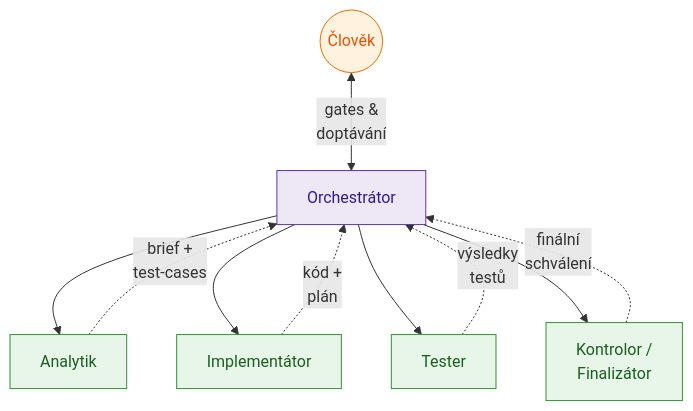
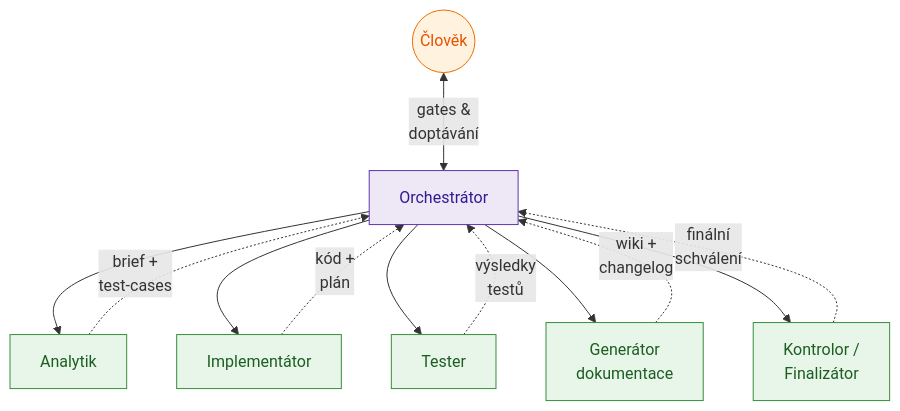
One commit to maylow22/ai-driven-changes changed the second of 3 diagrams in README.md. Above: the diagram before and after it, drawn with Mermaid. The commit also changed other lines of this file, not shown here.

````diff
--- a/README.md
+++ b/README.md
@@ -54,23 +72,26 @@
 ```mermaid
 flowchart TB
     H((Člověk)):::human
     O[Orchestrátor]:::orch
     A[Analytik]:::role
     I[Implementátor]:::role
     T[Tester]:::role
+    D[Generátor<br/>dokumentace]:::role
     K[Kontrolor /<br/>Finalizátor]:::role
 
     H <-->|gates &<br/>doptávání| O
     O --> A
     O --> I
     O --> T
+    O --> D
     O --> K
     A -. brief +<br/>test-cases .-> O
     I -. kód +<br/>plán .-> O
     T -. výsledky<br/>testů .-> O
+    D -. wiki +<br/>changelog .-> O
     K -. finální<br/>schválení .-> O
 
     classDef orch fill:#ede7f6,stroke:#5e35b1,color:#311b92;
     classDef role fill:#e8f5e9,stroke:#388e3c,color:#1b5e20;
     classDef human fill:#fff3e0,stroke:#ef6c00,color:#e65100;
 ```
````
